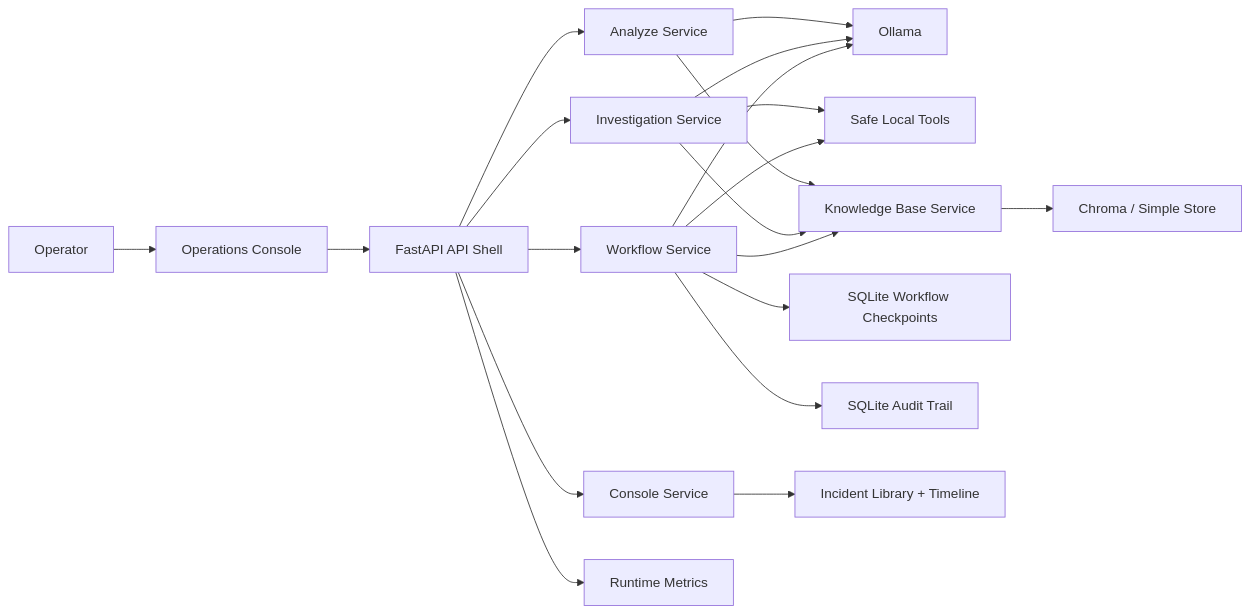
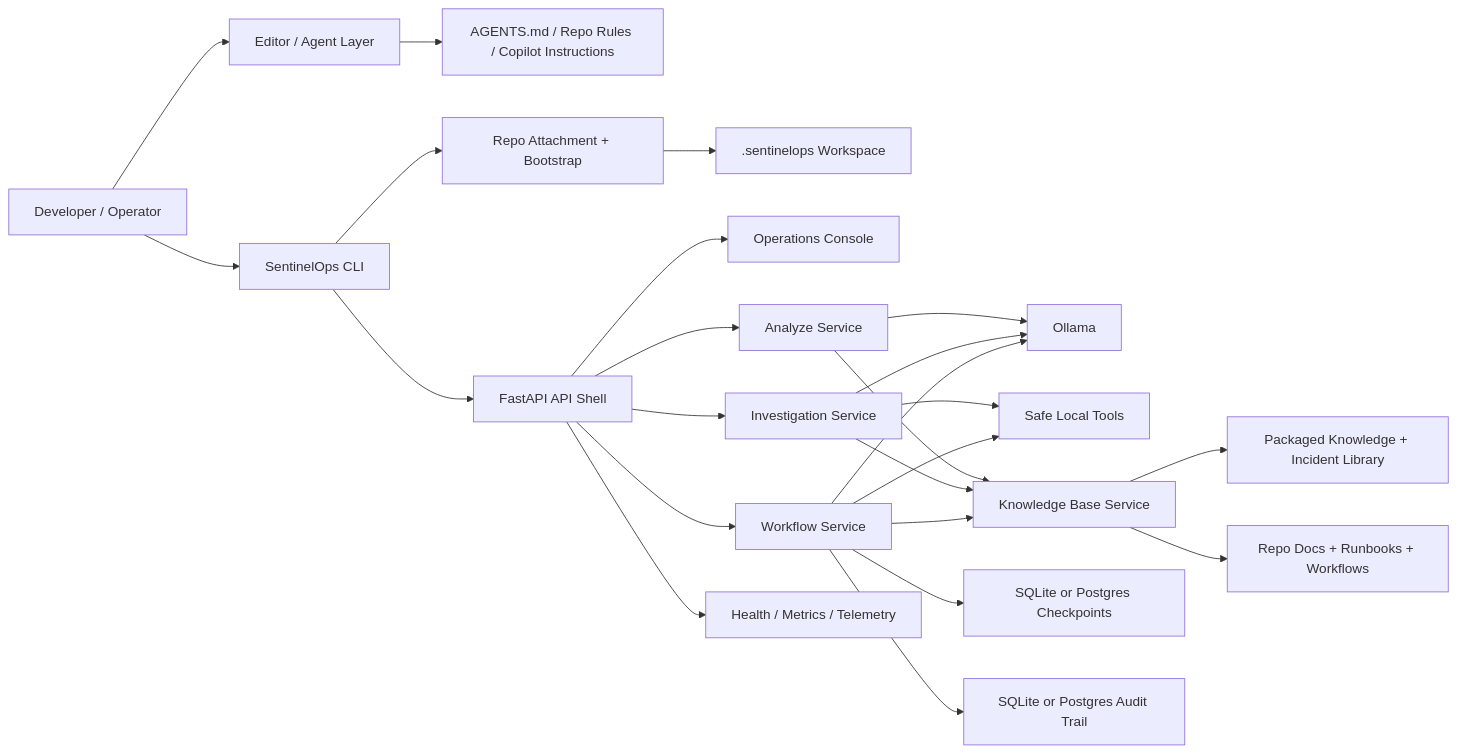
The diagram in docs/architecture.md (saikumar1767/Sentinel-Ops), drawn with Mermaid before and after one commit. The commit also changed other lines of this file and 28 other files, not shown here.

Commit message:
feat: ship month8 repo copilot release (#10)

````diff
--- a/docs/architecture.md
+++ b/docs/architecture.md
@@ -23,22 +40,26 @@
 ```mermaid
 flowchart LR
-    User["Operator"] --> UI["Operations Console"]
-    UI --> API["FastAPI API Shell"]
+    User["Developer / Operator"] --> Agent["Editor / Agent Layer"]
+    Agent --> Files["AGENTS.md / Repo Rules / Copilot Instructions"]
+    User --> CLI["SentinelOps CLI"]
+    CLI --> Attach["Repo Attachment + Bootstrap"]
+    Attach --> Project[".sentinelops Workspace"]
+    CLI --> API["FastAPI API Shell"]
+    API --> Console["Operations Console"]
     API --> Analyze["Analyze Service"]
     API --> Investigate["Investigation Service"]
     API --> Workflow["Workflow Service"]
-    API --> Console["Console Service"]
     Analyze --> Ollama["Ollama"]
     Investigate --> Ollama
     Workflow --> Ollama
     Investigate --> Tools["Safe Local Tools"]
     Workflow --> Tools
     Analyze --> Retrieval["Knowledge Base Service"]
     Investigate --> Retrieval
     Workflow --> Retrieval
-    Retrieval --> Chroma["Chroma / Simple Store"]
-    Workflow --> Checkpoints["SQLite Workflow Checkpoints"]
-    Workflow --> Audit["SQLite Audit Trail"]
-    Console --> Incidents["Incident Library + Timeline"]
-    API --> Metrics["Runtime Metrics"]
+    Retrieval --> Packaged["Packaged Knowledge + Incident Library"]
+    Retrieval --> RepoDocs["Repo Docs + Runbooks + Workflows"]
+    Workflow --> Checkpoints["SQLite or Postgres Checkpoints"]
+    Workflow --> Audit["SQLite or Postgres Audit Trail"]
+    API --> Metrics["Health / Metrics / Telemetry"]
 ```
````
